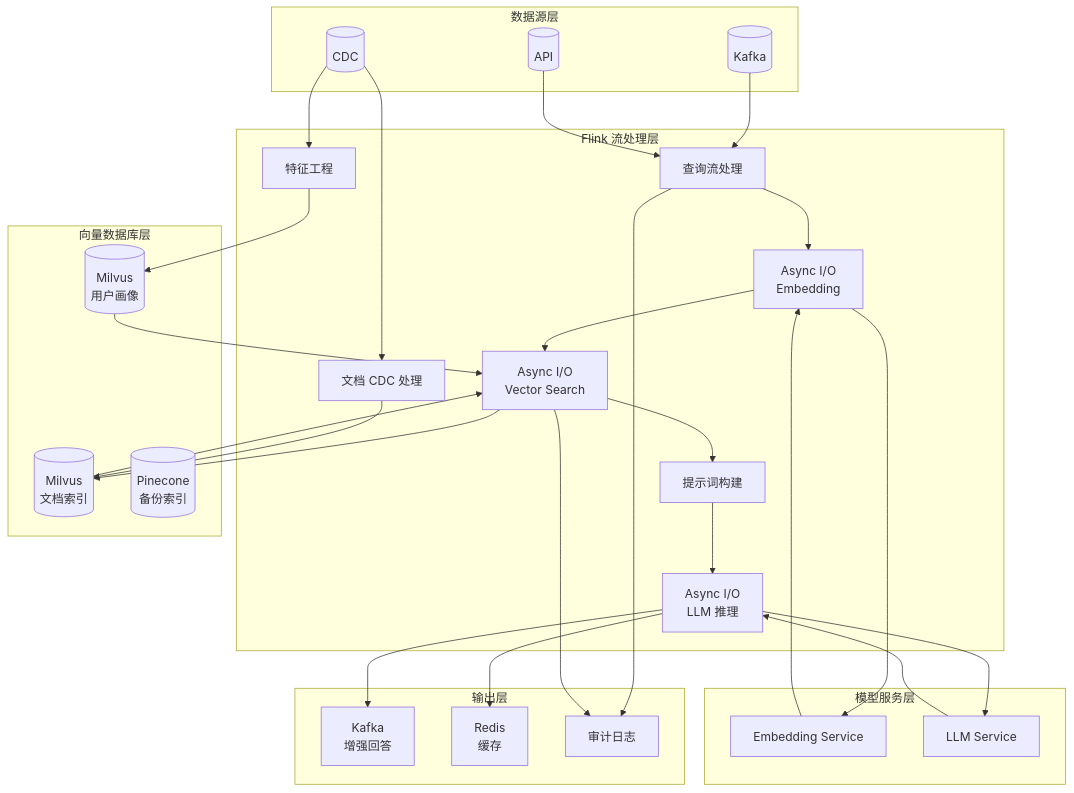
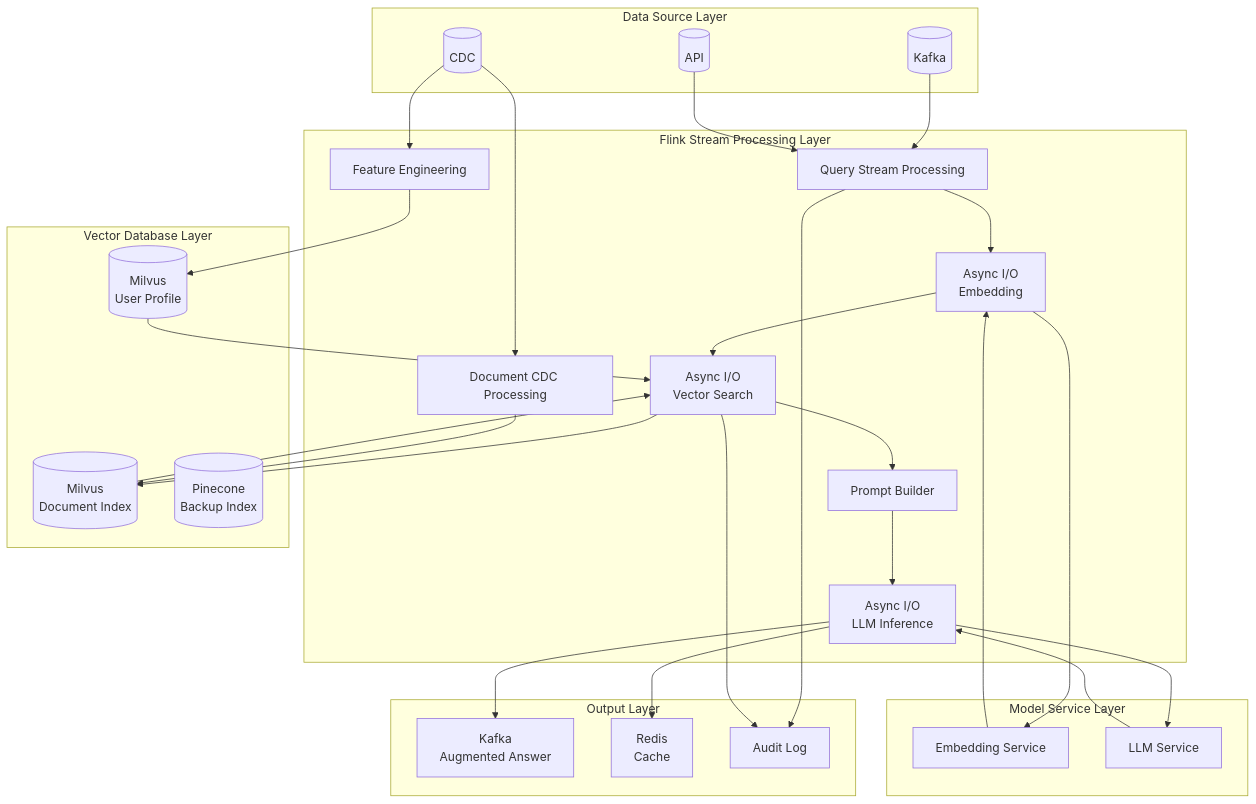
The third of 6 diagrams in Flink/12-ai-ml/rag-streaming-architecture.md (AdaMartin18010/AnalysisDataFlow), drawn with Mermaid before and after one commit. The commit also changed other lines of this file and 20 other files, not shown here.

````diff
--- a/Flink/12-ai-ml/rag-streaming-architecture.md
+++ b/Flink/12-ai-ml/rag-streaming-architecture.md
@@ -974,60 +976,60 @@
 ```mermaid
 graph TB
-    subgraph "数据源层"
+    subgraph "Data Source Layer"
         A1[(Kafka)]
         A2[(CDC)]
         A3[(API)]
     end
 
-    subgraph "Flink 流处理层"
-        B1[查询流处理]
-        B2[文档 CDC 处理]
+    subgraph "Flink Stream Processing Layer"
+        B1[Query Stream Processing]
+        B2[Document CDC Processing]
         B3[Async I/O<br/>Embedding]
         B4[Async I/O<br/>Vector Search]
-        B5[提示词构建]
-        B6[Async I/O<br/>LLM 推理]
-        B7[特征工程]
+        B5[Prompt Builder]
+        B6[Async I/O<br/>LLM Inference]
+        B7[Feature Engineering]
     end
 
-    subgraph "向量数据库层"
-        C1[(Milvus<br/>文档索引)]
-        C2[(Milvus<br/>用户画像)]
-        C3[(Pinecone<br/>备份索引)]
+    subgraph "Vector Database Layer"
+        C1[(Milvus<br/>Document Index)]
+        C2[(Milvus<br/>User Profile)]
+        C3[(Pinecone<br/>Backup Index)]
     end
 
-    subgraph "模型服务层"
+    subgraph "Model Service Layer"
         D1[Embedding Service]
         D2[LLM Service]
     end
 
-    subgraph "输出层"
-        E1[Kafka<br/>增强回答]
-        E2[Redis<br/>缓存]
-        E3[审计日志]
+    subgraph "Output Layer"
+        E1[Kafka<br/>Augmented Answer]
+        E2[Redis<br/>Cache]
+        E3[Audit Log]
     end
 
     A1 --> B1
     A2 --> B2
     A3 --> B1
 
     B1 --> B3
     B3 --> D1
     D1 --> B3
     B3 --> B4
     B4 --> C1
     C1 --> B4
     B4 --> B5
     B5 --> B6
     B6 --> D2
     D2 --> B6
 
     B2 --> C1
     A2 --> B7
     B7 --> C2
     C2 --> B4
 
     B6 --> E1
     B6 --> E2
     B1 --> E3
     B4 --> E3
 ```
````
